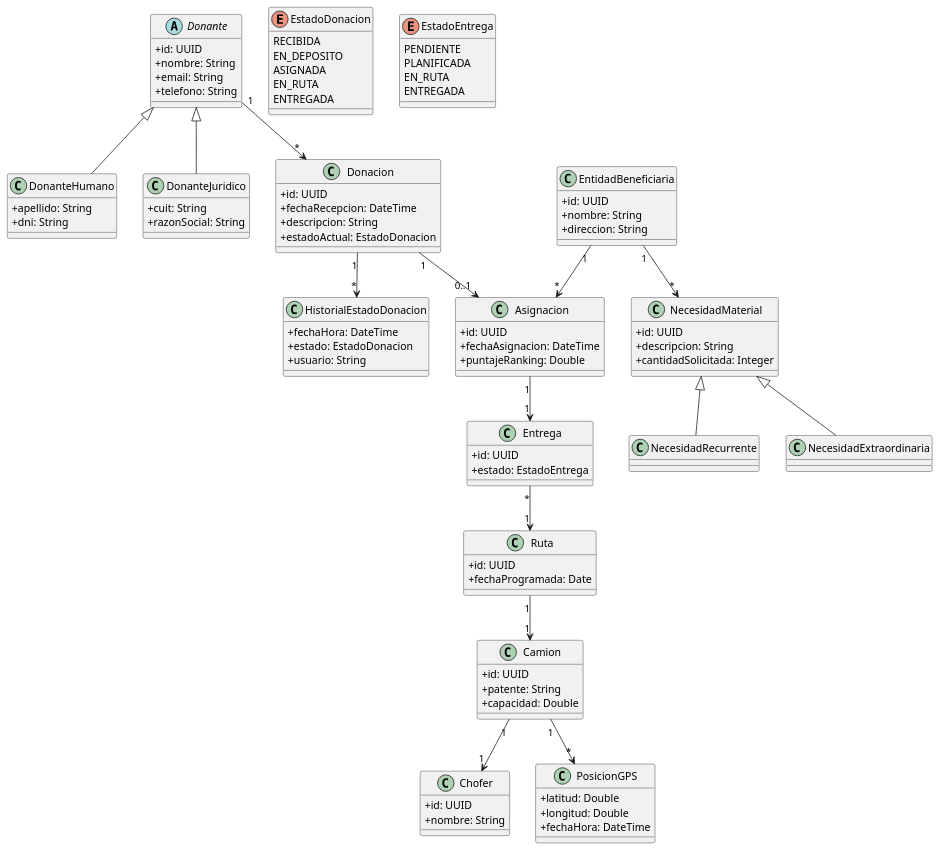
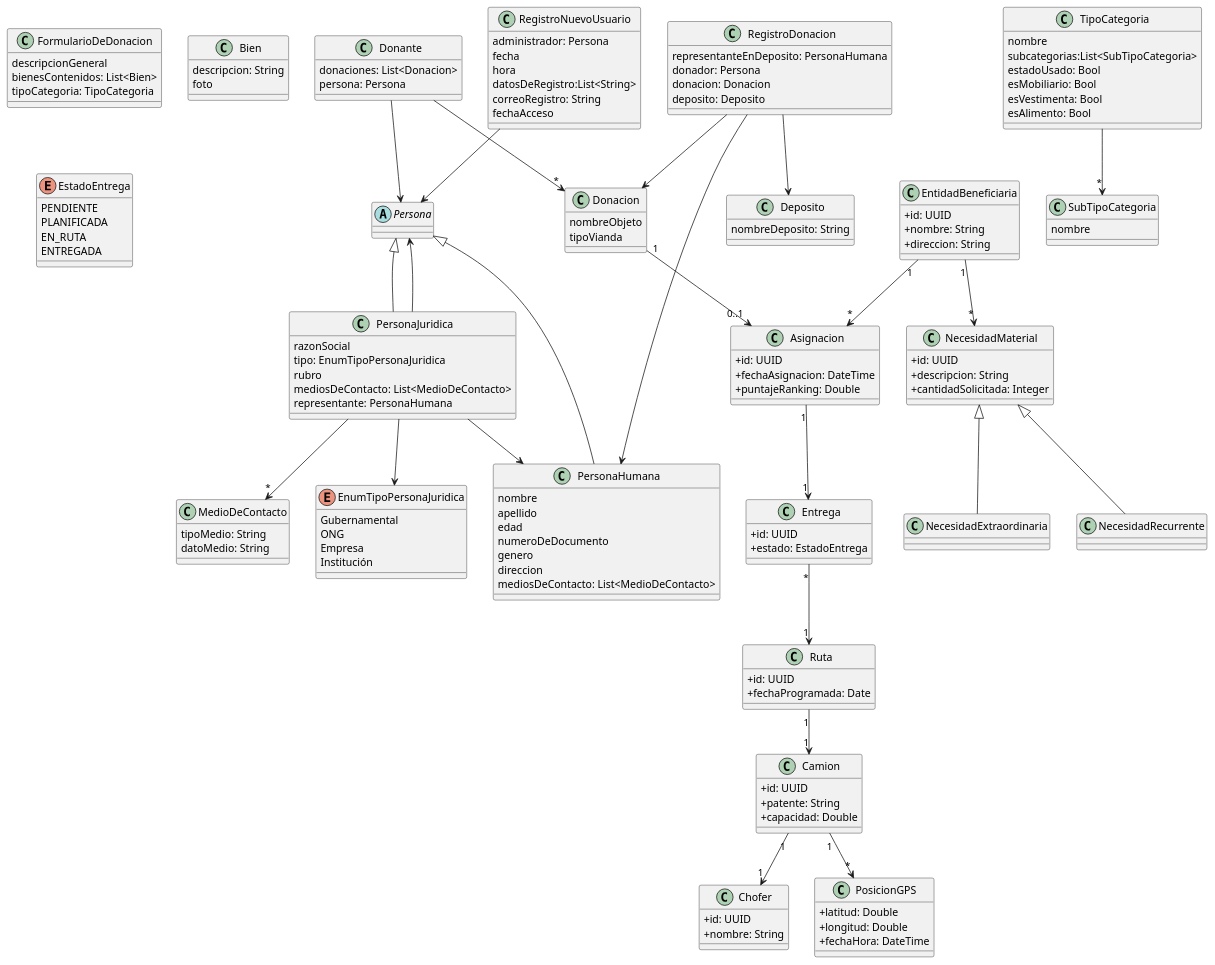
The diagram in DDS-Notas/TPS 2026/TPA/TPA2/diagrama_de_clases.md (pacoDan/obsidian_pacodan), drawn with PlantUML before and after one commit. The commit also changed 25 other files, not shown here.

```diff
--- a/DDS-Notas/TPS 2026/TPA/TPA2/diagrama_de_clases.md
+++ b/DDS-Notas/TPS 2026/TPA/TPA2/diagrama_de_clases.md
@@ -3,59 +3,113 @@
 @startuml
 skinparam classAttributeIconSize 0
 
-'=========================
-' DONANTES
+'Donaciones - Donantes
 '=========================
 
-abstract class Donante {
-    +id: UUID
-    +nombre: String
-    +email: String
-    +telefono: String
+ class Donante {
+    donaciones: List<Donacion>
+    persona: Persona
+}
+Donante --> "*" Donacion
+Donante --> Persona
+
+class Donacion{
+	nombreObjeto
+	tipoVianda
 }
 
-class DonanteHumano {
-    +apellido: String
-    +dni: String
+abstract class Persona{
+
+}
+class PersonaHumana{
+	nombre
+	apellido
+	edad
+	numeroDeDocumento
+	genero
+	direccion
+	mediosDeContacto: List<MedioDeContacto>
 }
 
-class DonanteJuridico {
-    +cuit: String
-    +razonSocial: String
+Persona <|-- PersonaHumana
+class MedioDeContacto{
+	tipoMedio: String
+	datoMedio: String
 }
 
-Donante <|-- DonanteHumano
-Donante <|-- DonanteJuridico
+class PersonaJuridica{
+	razonSocial
+	tipo: EnumTipoPersonaJuridica
+	rubro
+	mediosDeContacto: List<MedioDeContacto>
+	representante: PersonaHumana
+}
+PersonaJuridica --> EnumTipoPersonaJuridica
+PersonaJuridica --> PersonaHumana
+PersonaJuridica --> "*" MedioDeContacto
 
+enum EnumTipoPersonaJuridica{
+	Gubernamental
+	ONG
+	Empresa
+	Institución
+}
+Persona <|-- PersonaJuridica
+
+
+'Donaciones - Registro de personas donantes
 '=========================
-' DONACIONES
-'=========================
+PersonaJuridica --> Persona
+class RegistroNuevoUsuario{
+	administrador: Persona
+	fecha
+	hora
+	datosDeRegistro:List<String>
+	correoRegistro: String
+	fechaAcceso
+}
+RegistroNuevoUsuario --> Persona
+class RegistroDonacion{
+	representanteEnDeposito: PersonaHumana
+	donador: Persona
+	donacion: Donacion
+	deposito: Deposito
+}
+RegistroDonacion --> PersonaHumana
+RegistroDonacion --> Donacion
+RegistroDonacion --> Deposito
+class Deposito{
+	nombreDeposito: String
+}
+'Entiendo que hay una persona para recibir la donacion de la persona donante
 
-class Donacion {
-    +id: UUID
-    +fechaRecepcion: DateTime
-    +descripcion: String
-    +estadoActual: EstadoDonacion
+'Donaciones - Donaciones y segmentación
+'==============
+class FormularioDeDonacion{
+	descripcionGeneral
+	bienesContenidos: List<Bien>
+	tipoCategoria: TipoCategoria
+}
+'falta las subcategorias de las categorias
+
+class Bien{
+	descripcion: String
+	foto
+}
+class TipoCategoria{
+	nombre
+	subcategorias:List<SubTipoCategoria>
+	estadoUsado: Bool
+	esMobiliario: Bool
+	esVestimenta: Bool
+	esAlimento: Bool
+	
+}
+TipoCategoria --> "*" SubTipoCategoria
+class SubTipoCategoria{
+	nombre
 }
 
-class HistorialEstadoDonacion {
-    +fechaHora: DateTime
-    +estado: EstadoDonacion
-    +usuario: String
-}
-
-enum EstadoDonacion {
-    RECIBIDA
-    EN_DEPOSITO
-    ASIGNADA
-    EN_RUTA
-    ENTREGADA
-}
-
-Donante "1" --> "*" Donacion
-Donacion "1" --> "*" HistorialEstadoDonacion
-
-'=========================
 ' BENEFICIARIOS
 '=========================
 
```
